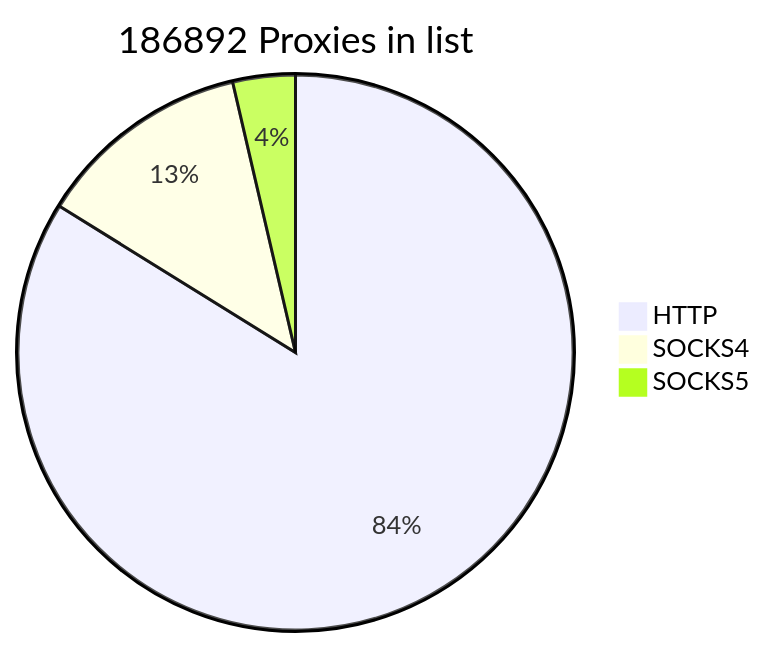
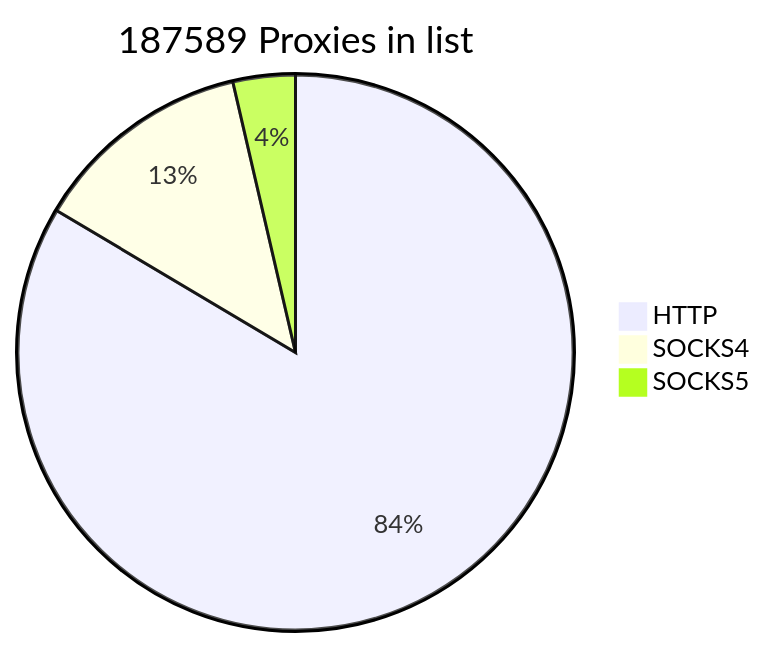
One commit to cutipu/proxylist changed the first of 2 diagrams in README.md. Above: the diagram before and after it, drawn with Mermaid. The commit also changed other lines of this file, not shown here.

````diff
--- a/README.md
+++ b/README.md
@@ -2,7 +2,7 @@
 ```mermaid
-pie title 186892 Proxies in list
-    "HTTP" : 156683
-    "SOCKS4" : 23414
-    "SOCKS5" : 6795
+pie title 187589 Proxies in list
+    "HTTP" : 156708
+    "SOCKS4" : 24085
+    "SOCKS5" : 6796
             
 ```
````
